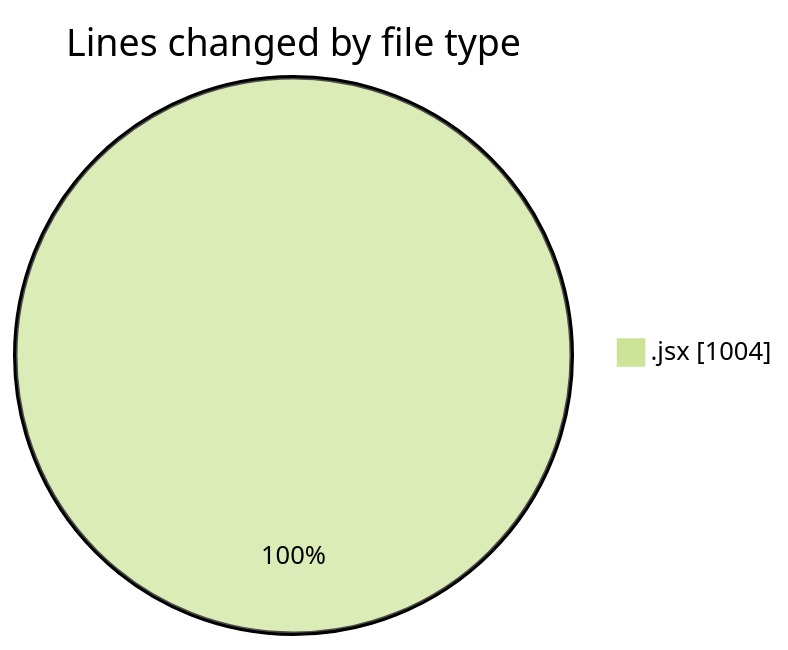
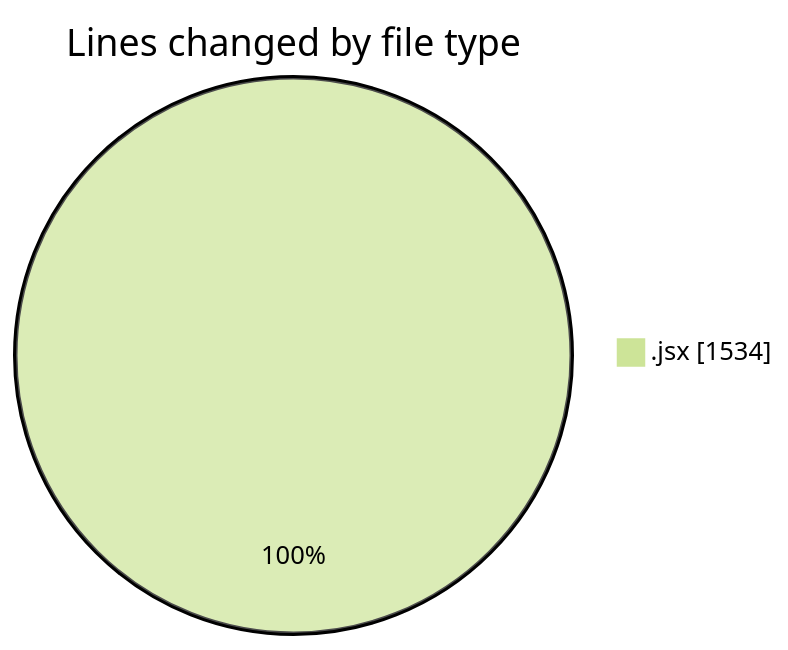
Before and after one commit to nxtqubesakshisongat/code-tracking: the first of 2 diagrams in 2026-11-22/nashik-misal-queue/README.md, drawn with Mermaid (forest theme). The commit also changed other lines of this file and 1 other file, not shown here.

````diff
--- a/2026-11-22/nashik-misal-queue/README.md
+++ b/2026-11-22/nashik-misal-queue/README.md
@@ -20,5 +21,5 @@
 ```mermaid
 pie showData
 title Lines changed by file type
-".jsx" : 1004
+".jsx" : 1534
 ```
````
